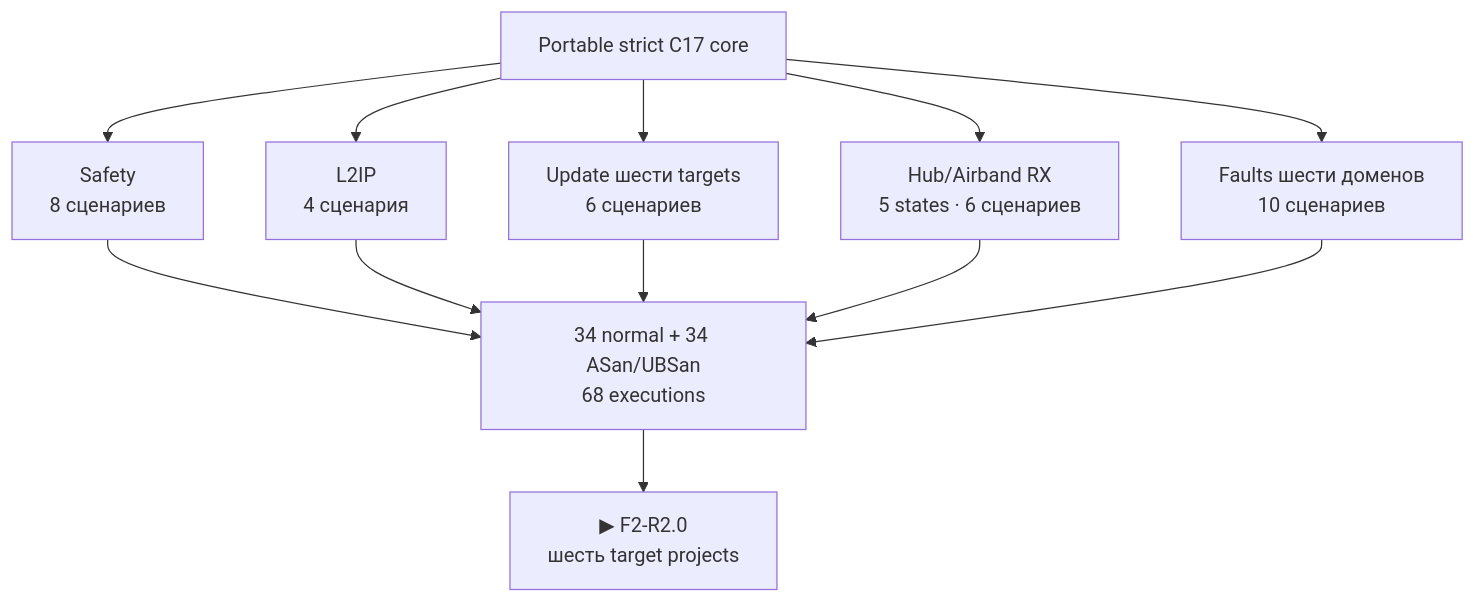
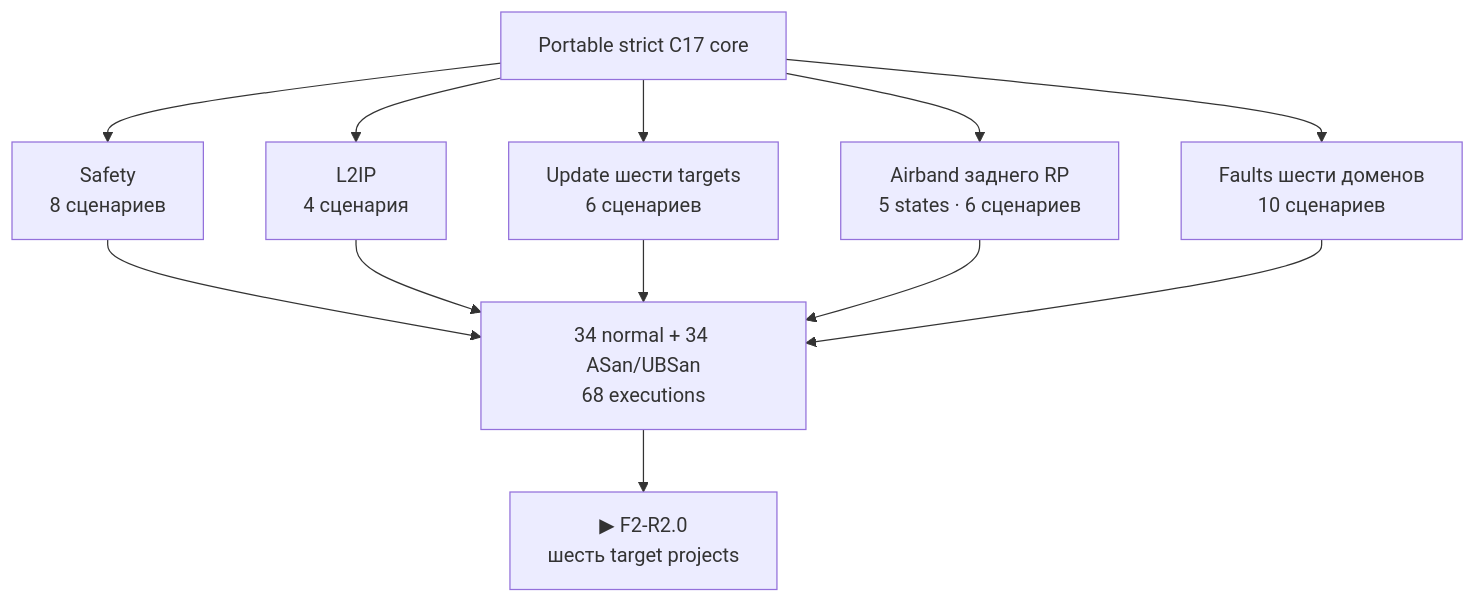
Before and after one commit to anton-vinogradov/esp32-leshy2-firmware: the diagram in docs/f1-portable-cores-report.ru.md, drawn with Mermaid. The commit also changed other lines of this file and 24 other files, not shown here.

````diff
--- a/docs/f1-portable-cores-report.ru.md
+++ b/docs/f1-portable-cores-report.ru.md
@@ -12,16 +12,16 @@
 ```mermaid
 flowchart TB
   C["Portable strict C17 core"]
   S["Safety<br/>8 сценариев"]
   L["L2IP<br/>4 сценария"]
   U["Update шести targets<br/>6 сценариев"]
-  R["Hub/Airband RX<br/>5 states · 6 сценариев"]
+  R["Airband заднего RP<br/>5 states · 6 сценариев"]
   M["Faults шести доменов<br/>10 сценариев"]
   V["34 normal + 34 ASan/UBSan<br/>68 executions"]
   C --> S --> V
   C --> L --> V
   C --> U --> V
   C --> R --> V
   C --> M --> V
   V --> F2["▶ F2-R2.0<br/>шесть target projects"]
 ```
````
